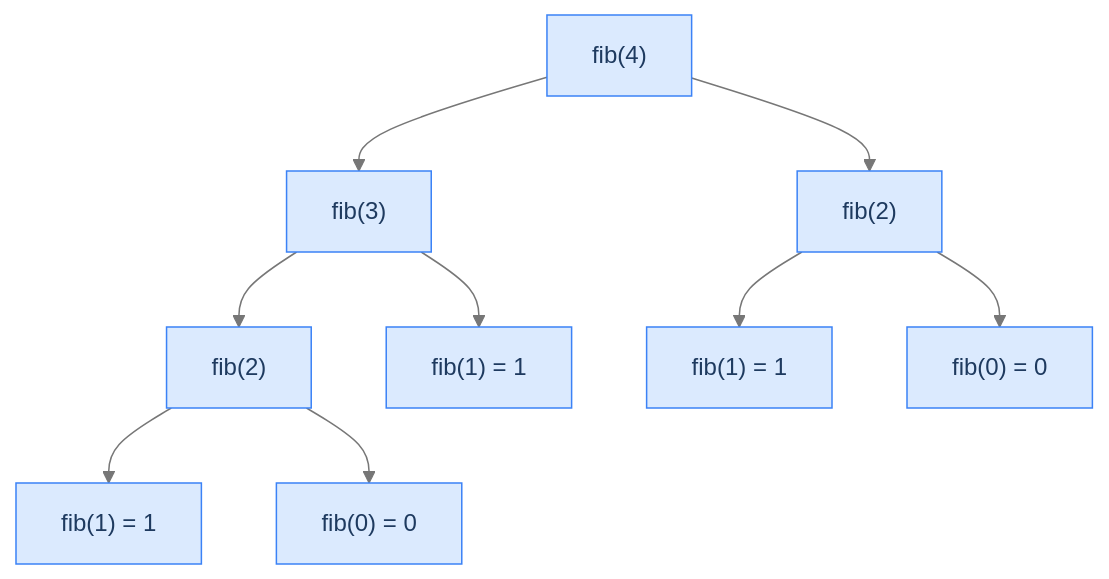
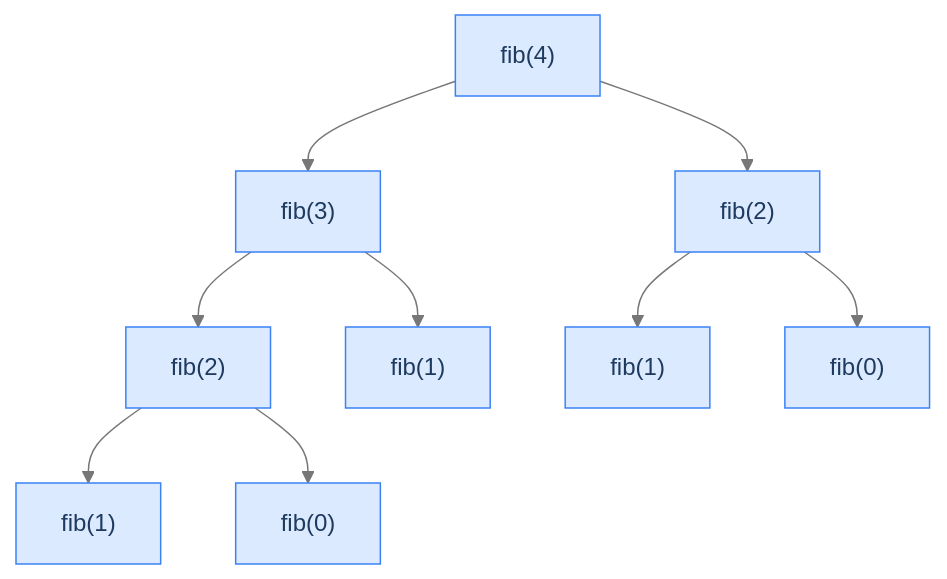
The second of 2 diagrams in content/cortex/data-structures-and-algorithms/05-algorithms-by-strategy/01-recursion/03-recursion.md (ani2fun/codefolio), drawn with Mermaid before and after one commit. The commit also changed other lines of this file and 1049 other files, not shown here.

````diff
--- a/content/cortex/data-structures-and-algorithms/05-algorithms-by-strategy/01-recursion/03-recursion.md
+++ b/content/cortex/data-structures-and-algorithms/05-algorithms-by-strategy/01-recursion/03-recursion.md
@@ -365,22 +70,22 @@
 ```mermaid
 ---
 config:
   theme: base
   themeVariables:
     primaryColor: "#dbeafe"
     primaryBorderColor: "#3b82f6"
     primaryTextColor: "#1e3a5f"
     lineColor: "#777777"
     secondaryColor: "#ede9fe"
     tertiaryColor: "#fef9c3"
 ---
 flowchart TB
   F4["fib(4)"] --> F3a["fib(3)"]
   F4 --> F2a["fib(2)"]
   F3a --> F2b["fib(2)"]
-  F3a --> F1a["fib(1) = 1"]
-  F2a --> F1b["fib(1) = 1"]
-  F2a --> F0a["fib(0) = 0"]
-  F2b --> F1c["fib(1) = 1"]
-  F2b --> F0b["fib(0) = 0"]
+  F3a --> F1a["fib(1)"]
+  F2a --> F1b["fib(1)"]
+  F2a --> F0a["fib(0)"]
+  F2b --> F1c["fib(1)"]
+  F2b --> F0b["fib(0)"]
 ```
````
